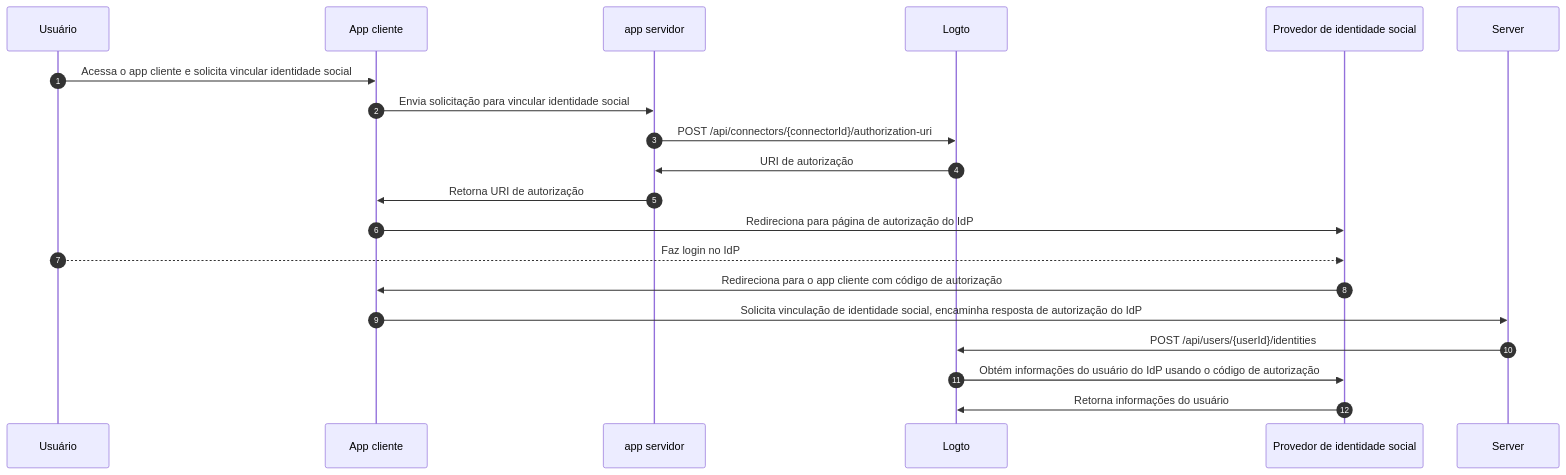
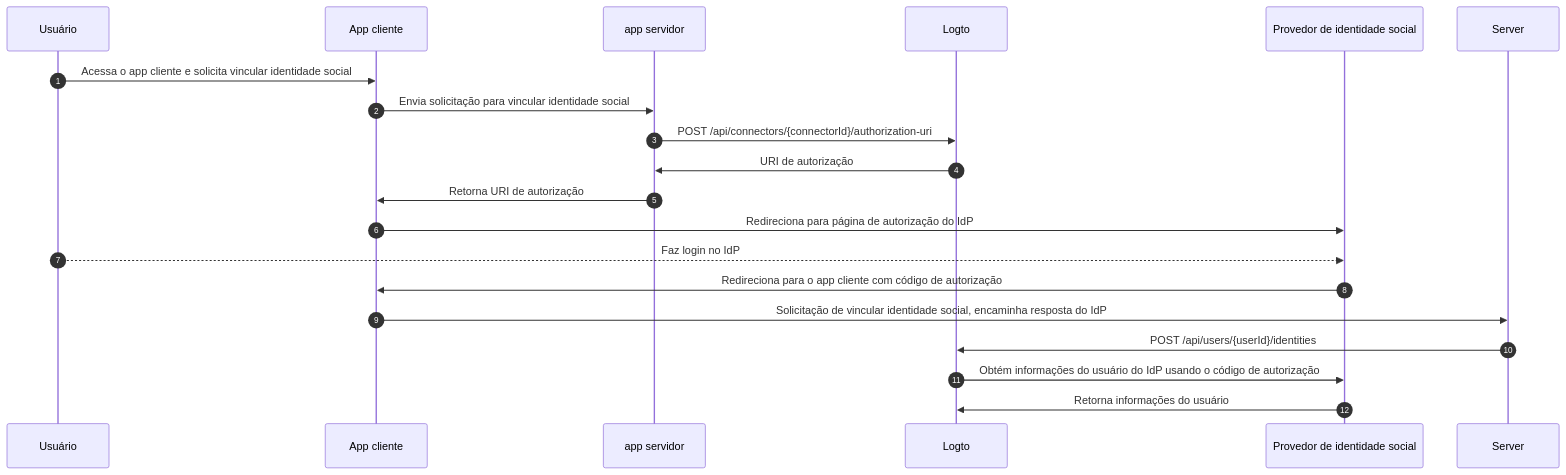
Before and after one commit to logto-io/docs: the third of 3 diagrams in i18n/pt-BR/docusaurus-plugin-content-docs/current/end-user-flows/account-settings/by-management-api.mdx, drawn with Mermaid. The commit also changed other lines of this file and 152 other files, not shown here.

````diff
--- a/i18n/pt-BR/docusaurus-plugin-content-docs/current/end-user-flows/account-settings/by-management-api.mdx
+++ b/i18n/pt-BR/docusaurus-plugin-content-docs/current/end-user-flows/account-settings/by-management-api.mdx
@@ -120,22 +120,22 @@
 ```mermaid
 sequenceDiagram
     autoNumber
     participant User as Usuário
     participant Client as App cliente
     participant App as app servidor
     participant Logto as Logto
     participant IdP as Provedor de identidade social
 
     User ->> Client: Acessa o app cliente e solicita vincular identidade social
     Client ->> App: Envia solicitação para vincular identidade social
     App ->> Logto: POST /api/connectors/{connectorId}/authorization-uri
     Logto ->> App: URI de autorização
     App ->> Client: Retorna URI de autorização
     Client ->> IdP: Redireciona para página de autorização do IdP
     User -->> IdP: Faz login no IdP
     IdP ->> Client: Redireciona para o app cliente com código de autorização
-    Client ->> Server: Solicita vinculação de identidade social, encaminha resposta de autorização do IdP
+    Client ->> Server: Solicitação de vincular identidade social, encaminha resposta do IdP
     Server ->> Logto: POST /api/users/{userId}/identities
     Logto ->> IdP: Obtém informações do usuário do IdP usando o código de autorização
     IdP ->> Logto: Retorna informações do usuário
 ```
````
